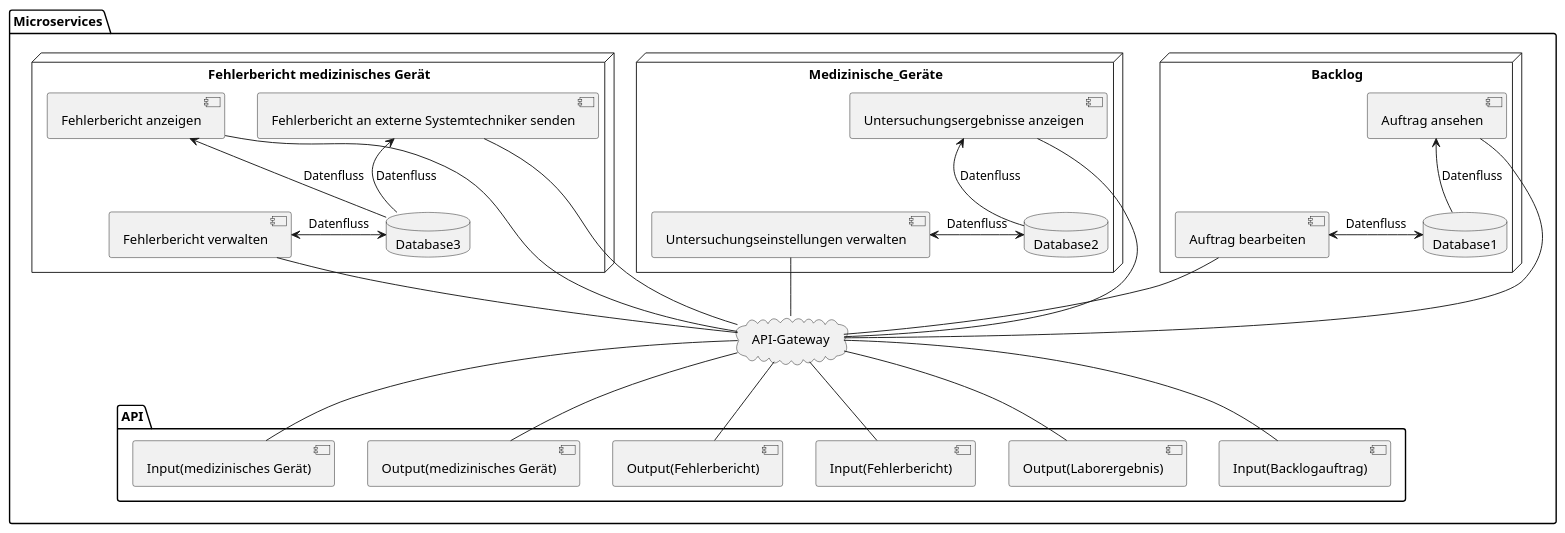
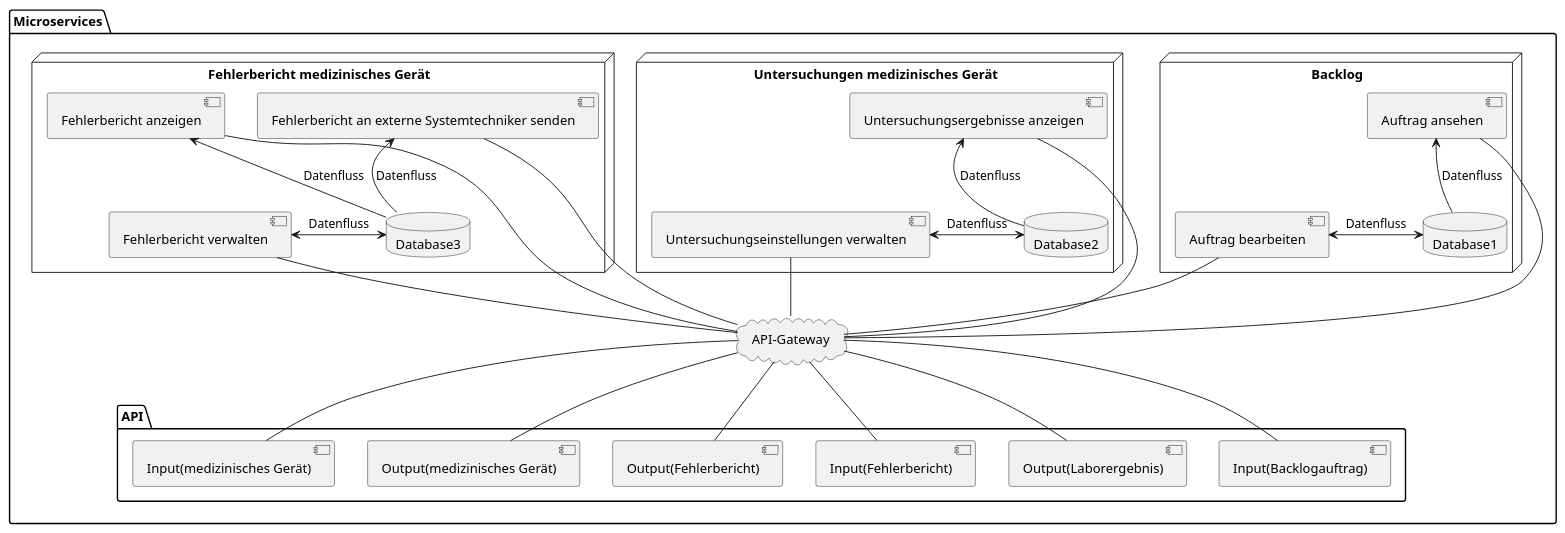
Before and after one commit to fh-erfurt/ss23-kba-project: the first of 7 diagrams in docs/5_system-architecture/system_architecture.md, drawn with PlantUML. The commit also changed other lines of this file, not shown here.

````diff
--- a/docs/5_system-architecture/system_architecture.md
+++ b/docs/5_system-architecture/system_architecture.md
@@ -76,68 +76,68 @@
 ```plantuml Microservices 
 @startuml
 
 package "Microservices" {
   node "Backlog" {
     [Auftrag bearbeiten]
     [Auftrag ansehen]
 
     database "Database1"{
       [Auftrag ansehen] <-- Database1 : Datenfluss
       [Auftrag bearbeiten] <-> Database1: Datenfluss
     }
   }
 
-  node "Medizinische_Geräte" {
+  node "Untersuchungen medizinisches Gerät" {
     [Untersuchungsergebnisse anzeigen]
     [Untersuchungseinstellungen verwalten]
 
     database "Database2"{
       [Untersuchungsergebnisse anzeigen] <-- Database2 : Datenfluss
       [Untersuchungseinstellungen verwalten] <-> Database2 : Datenfluss
     }
   }
 
   node "Fehlerbericht medizinisches Gerät"{
     [Fehlerbericht verwalten]
     [Fehlerbericht anzeigen]
     [Fehlerbericht an externe Systemtechniker senden]
 
     database "Database3"{
       [Fehlerbericht anzeigen] <-- Database3 : Datenfluss
       [Fehlerbericht an externe Systemtechniker senden] <-- Database3 : Datenfluss
       [Fehlerbericht verwalten] <-> Database3 : Datenfluss
     }
   }
 
   cloud "API-Gateway"
 
   package "API"{
     [Input(medizinisches Gerät)]
     [Output(medizinisches Gerät)]
     [Output(Fehlerbericht)]
     [Input(Fehlerbericht)]
     [Output(Laborergebnis)]
     [Input(Backlogauftrag)]
   }
 }
 
 
 [Untersuchungsergebnisse anzeigen] -down- "API-Gateway"
 [Untersuchungseinstellungen verwalten] -down- "API-Gateway"
 [Fehlerbericht anzeigen] -down- "API-Gateway"
 [Fehlerbericht verwalten] -down- "API-Gateway"
 [Fehlerbericht an externe Systemtechniker senden] -down- "API-Gateway"
 [Auftrag bearbeiten] -down- "API-Gateway"
 [Auftrag ansehen] -down- "API-Gateway"
 
 "API-Gateway" -- [Input(medizinisches Gerät)]
 "API-Gateway" -- [Output(medizinisches Gerät)]
 "API-Gateway" -- [Output(Fehlerbericht)]
 "API-Gateway" -- [Input(Fehlerbericht)]
 "API-Gateway" -- [Output(Laborergebnis)]
 "API-Gateway" -- [Input(Backlogauftrag)]
 
 
 
 @enduml
 ```
````
